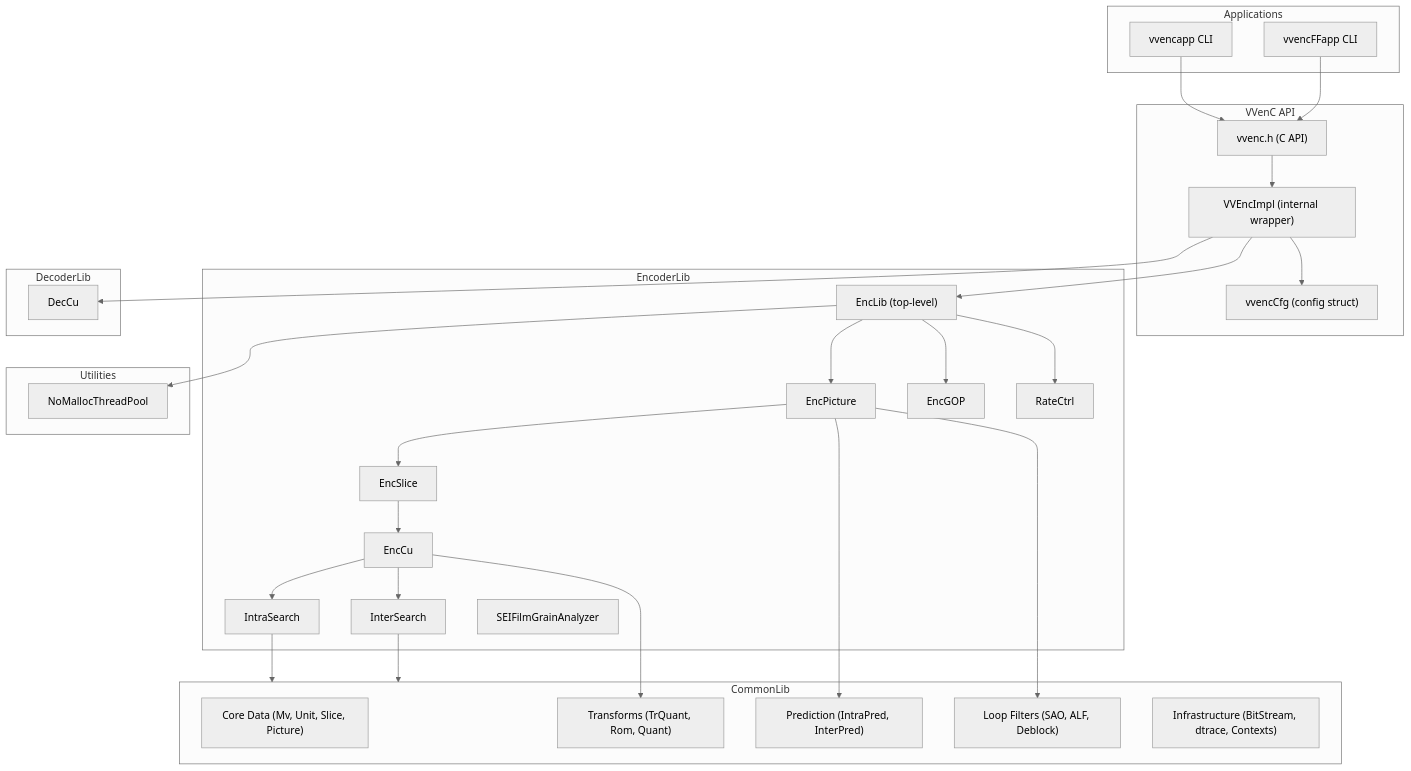
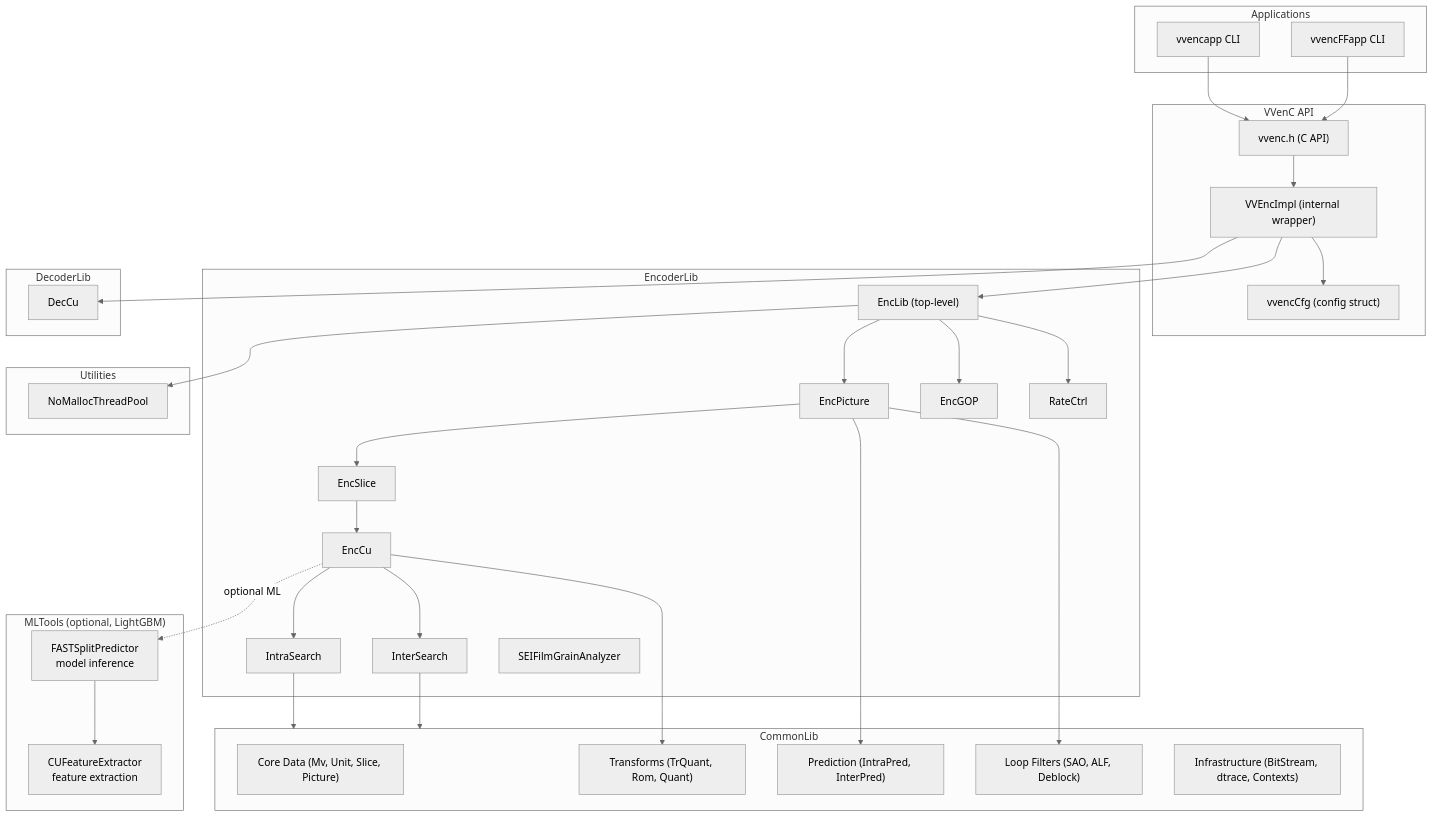
Before and after one commit to opensassi/deepenc: the first of 2 diagrams in technical-specification.md, drawn with Mermaid (neutral theme). The commit also changed other lines of this file and 47 other files, not shown here.

````diff
--- a/technical-specification.md
+++ b/technical-specification.md
@@ -29,61 +30,68 @@
 ```mermaid
 graph TB
     subgraph Applications
         vvencapp[vvencapp CLI]
         vvencFFapp[vvencFFapp CLI]
     end
 
     subgraph VVenC_API["VVenC API"]
         vvenc_C_API["vvenc.h (C API)"]
         vvencCfg["vvencCfg (config struct)"]
         VVEncImpl["VVEncImpl (internal wrapper)"]
     end
 
     subgraph EncoderLib
         EncLib["EncLib (top-level)"]
         EncPicture["EncPicture"]
         EncSlice["EncSlice"]
         EncCu["EncCu"]
         IntraSearch["IntraSearch"]
         InterSearch["InterSearch"]
         EncGOP["EncGOP"]
         RateCtrl["RateCtrl"]
         SEIFilmGrain["SEIFilmGrainAnalyzer"]
     end
 
     subgraph CommonLib
         CoreData["Core Data (Mv, Unit, Slice, Picture)"]
         Transforms["Transforms (TrQuant, Rom, Quant)"]
         Prediction["Prediction (IntraPred, InterPred)"]
         LoopFilters["Loop Filters (SAO, ALF, Deblock)"]
         Infrastructure["Infrastructure (BitStream, dtrace, Contexts)"]
     end
 
     subgraph Utilities
         NoMallocTP["NoMallocThreadPool"]
     end
 
+    subgraph MLTools["MLTools (optional, LightGBM)"]
+        FSP["FASTSplitPredictor<br/>model inference"]
+        CFE["CUFeatureExtractor<br/>feature extraction"]
+    end
+
     subgraph DecoderLib
         DecCu["DecCu"]
     end
 
     vvencapp --> vvenc_C_API
     vvencFFapp --> vvenc_C_API
     vvenc_C_API --> VVEncImpl
     VVEncImpl --> vvencCfg
     VVEncImpl --> EncLib
     EncLib --> EncPicture
     EncLib --> EncGOP
     EncLib --> RateCtrl
     EncPicture --> EncSlice
     EncSlice --> EncCu
     EncCu --> IntraSearch
     EncCu --> InterSearch
     IntraSearch --> CommonLib
     InterSearch --> CommonLib
     EncPicture --> LoopFilters
     EncPicture --> Prediction
     EncCu --> Transforms
     EncLib --> NoMallocTP
+    EncCu -.->|optional ML| FSP
+    FSP --> CFE
     VVEncImpl --> DecCu
 ```
````
